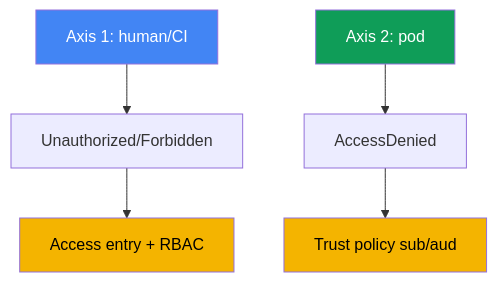
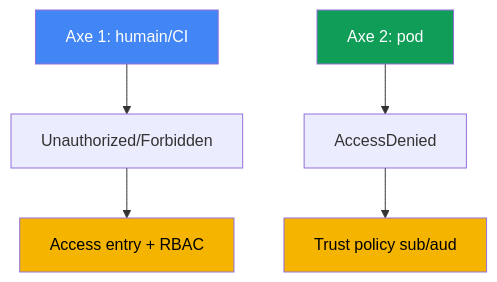
The first of 2 diagrams in tasks/eks/labs/121/README_FR.MD (ViktorUJ/cks), drawn with Mermaid before and after one commit. The commit also changed other lines of this file and 221 other files, not shown here.

````diff
--- a/tasks/eks/labs/121/README_FR.MD
+++ b/tasks/eks/labs/121/README_FR.MD
@@ -42,15 +42,15 @@
 ```mermaid
 flowchart TB
-    axis1["Axis 1: human/CI"]
-    axis2["Axis 2: pod"]
+    axis1["Axe 1: humain/CI"]
+    axis2["Axe 2: pod"]
     u["Unauthorized/Forbidden"]
     a["AccessDenied"]
     fix1["Access entry + RBAC"]
     fix2["Trust policy sub/aud"]
     axis1 --> u --> fix1
     axis2 --> a --> fix2
     style axis1 fill:#4285f4,color:#fff
     style axis2 fill:#0f9d58,color:#fff
     style fix1 fill:#f4b400,color:#000
     style fix2 fill:#f4b400,color:#000
 ```
````
